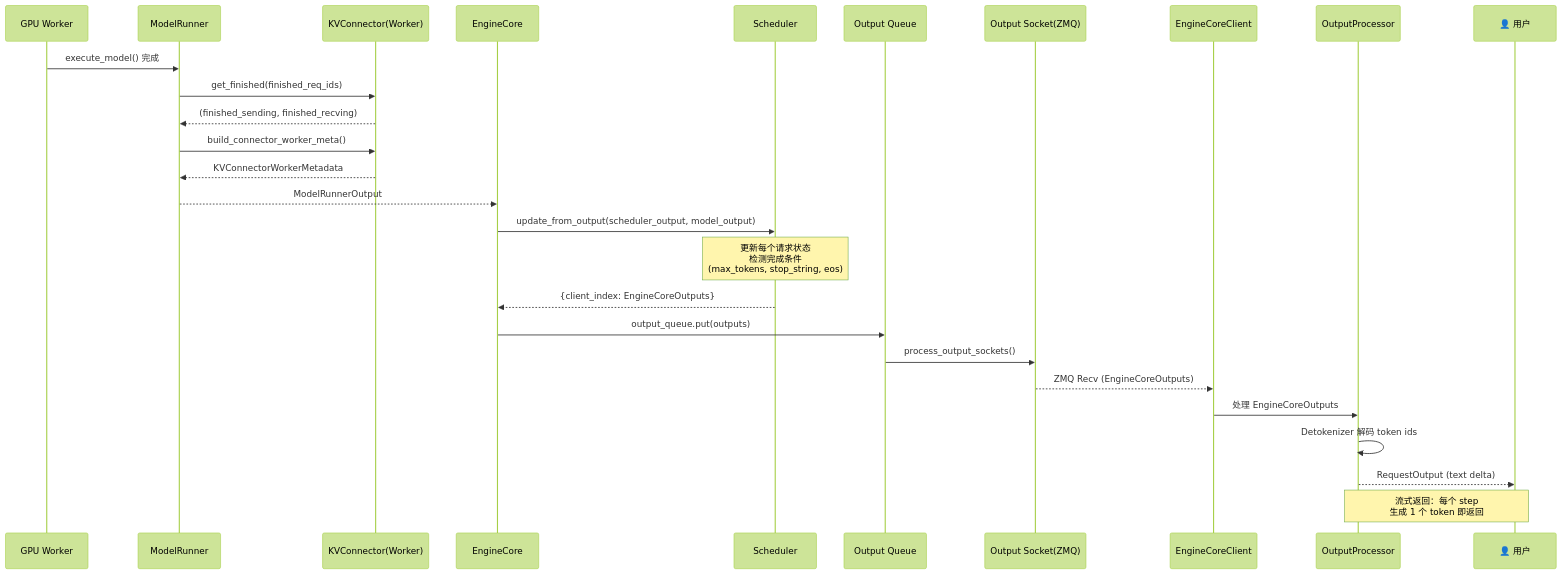
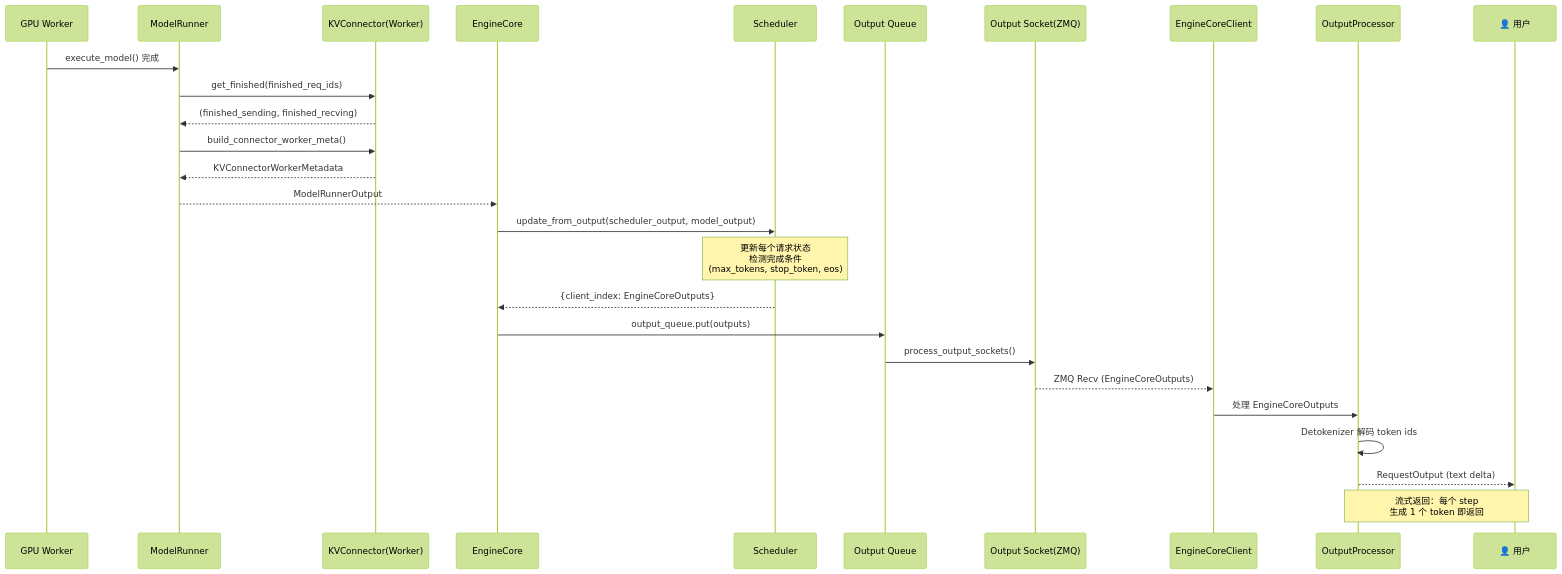
One commit to keyuanweb/ai-learning-path changed the eighth of 10 diagrams in vllm-learning-path/03-调度与KV缓存/11-PD分离架构详解.md. Above: the diagram before and after it, drawn with Mermaid (forest theme). The commit also changed other lines of this file and 176 other files, not shown here.

First line of the commit message:
docs: 全仓库文档校对修复——错别字/失效链接/Mermaid图/源码引用

````diff
--- a/vllm-learning-path/03-调度与KV缓存/11-PD分离架构详解.md
+++ b/vllm-learning-path/03-调度与KV缓存/11-PD分离架构详解.md
@@ -347,34 +347,34 @@
 ```mermaid
 sequenceDiagram
     participant GPU as GPU Worker
     participant MR as ModelRunner
     participant KVCW as KVConnector(Worker)
     participant EC as EngineCore
     participant S as Scheduler
     participant OQ as Output Queue
     participant OS as Output Socket(ZMQ)
     participant CC as EngineCoreClient
     participant OP as OutputProcessor
     participant U as 👤 用户
 
     GPU->>MR: execute_model() 完成
     MR->>KVCW: get_finished(finished_req_ids)
     KVCW-->>MR: (finished_sending, finished_recving)
     MR->>KVCW: build_connector_worker_meta()
     KVCW-->>MR: KVConnectorWorkerMetadata
     MR-->>EC: ModelRunnerOutput
 
     EC->>S: update_from_output(scheduler_output, model_output)
-    Note over S: 更新每个请求状态<br/>检测完成条件<br/>(max_tokens, stop_string, eos)
+    Note over S: 更新每个请求状态<br/>检测完成条件<br/>(max_tokens, stop_token, eos)
     S-->>EC: {client_index: EngineCoreOutputs}
 
     EC->>OQ: output_queue.put(outputs)
     OQ->>OS: process_output_sockets()
     OS-->>CC: ZMQ Recv (EngineCoreOutputs)
 
     CC->>OP: 处理 EngineCoreOutputs
     OP->>OP: Detokenizer 解码 token ids
     OP-->>U: RequestOutput (text delta)
 
     Note over OP,U: 流式返回：每个 step<br/>生成 1 个 token 即返回
 ```
````
